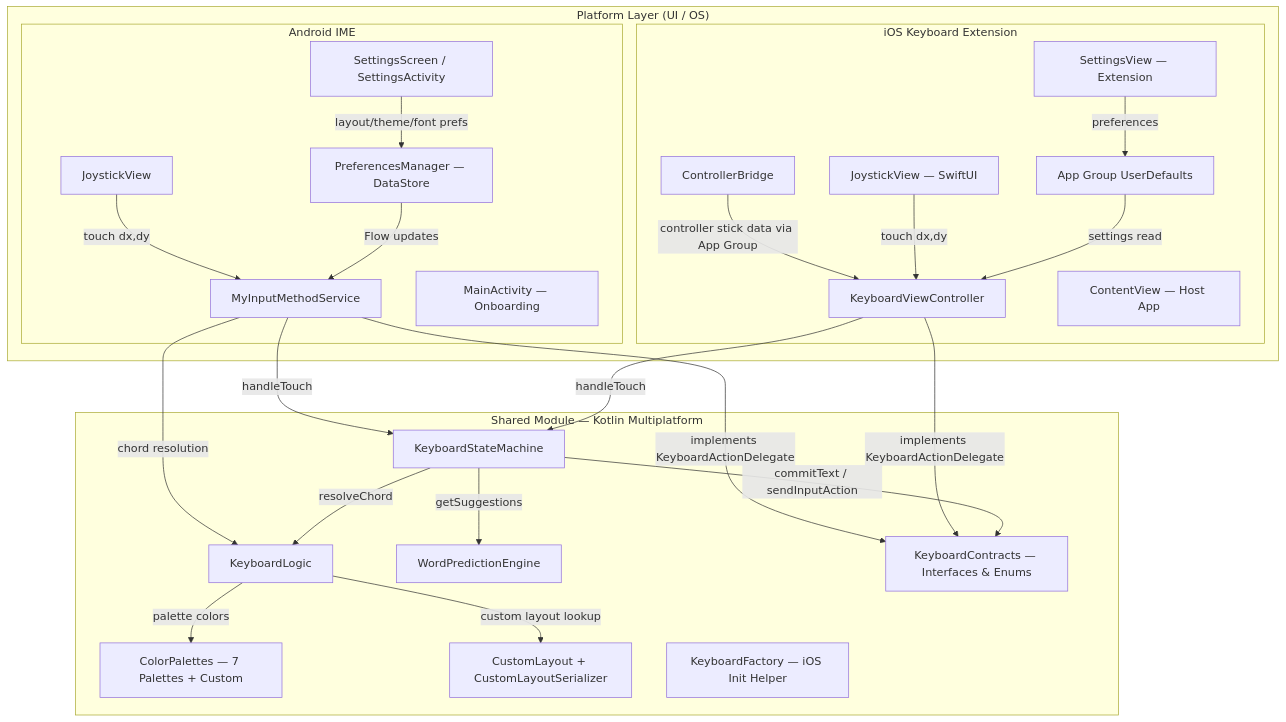
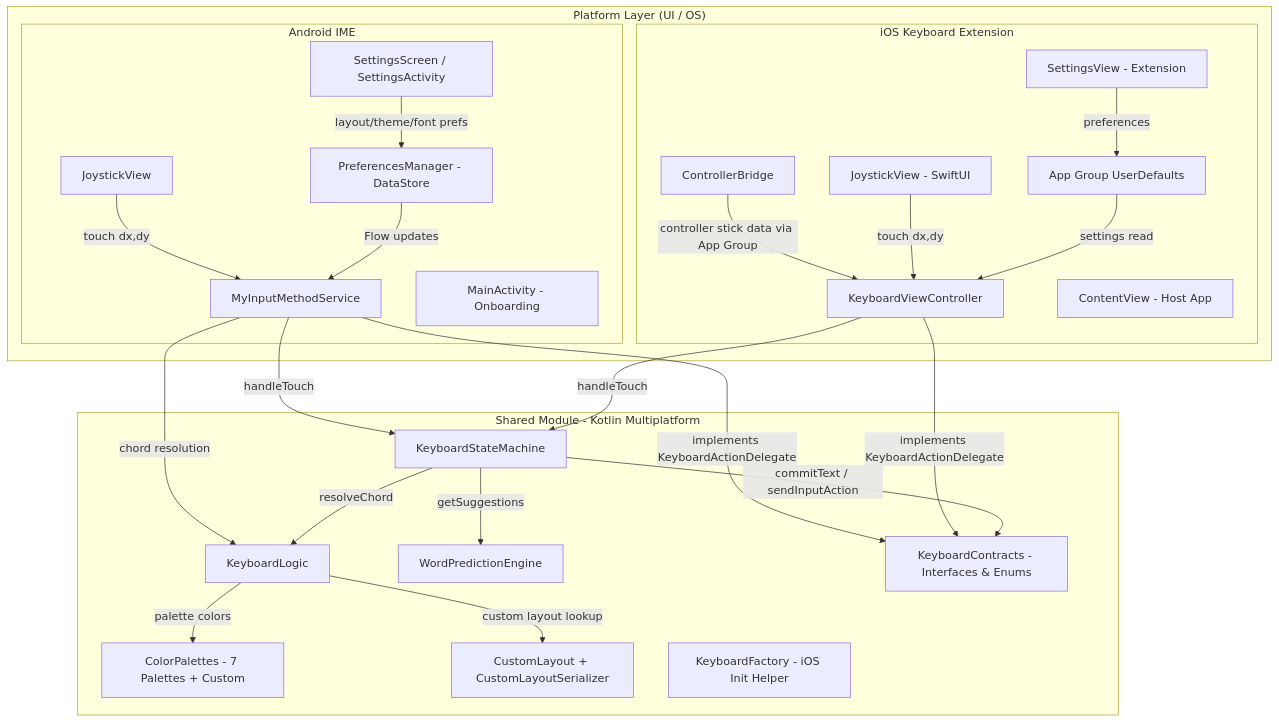
Before and after one commit to vatsalunadkat/ERICKeyboard: the first of 7 diagrams in APP_CONTEXT.md, drawn with Mermaid. The commit also changed other lines of this file and 27 other files, not shown here.

````diff
--- a/APP_CONTEXT.md
+++ b/APP_CONTEXT.md
@@ -67,50 +67,50 @@
 ```mermaid
 graph TB
     subgraph Platform["Platform Layer (UI / OS)"]
         subgraph Android["Android IME"]
             A1[MyInputMethodService]
             A2[JoystickView]
             A3[SettingsScreen / SettingsActivity]
-            A4[MainActivity — Onboarding]
-            A5[PreferencesManager — DataStore]
+            A4[MainActivity - Onboarding]
+            A5[PreferencesManager - DataStore]
         end
         subgraph iOS["iOS Keyboard Extension"]
             I1[KeyboardViewController]
-            I2[JoystickView — SwiftUI]
-            I3[SettingsView — Extension]
-            I4[ContentView — Host App]
+            I2[JoystickView - SwiftUI]
+            I3[SettingsView - Extension]
+            I4[ContentView - Host App]
             I5[App Group UserDefaults]
             I6[ControllerBridge]
         end
     end
 
-    subgraph Shared["Shared Module — Kotlin Multiplatform"]
+    subgraph Shared["Shared Module - Kotlin Multiplatform"]
         S1[KeyboardStateMachine]
         S2[KeyboardLogic]
         S3[WordPredictionEngine]
-        S4[KeyboardContracts — Interfaces & Enums]
-        S5[ColorPalettes — 7 Palettes + Custom]
+        S4[KeyboardContracts - Interfaces & Enums]
+        S5[ColorPalettes - 7 Palettes + Custom]
         S6[CustomLayout + CustomLayoutSerializer]
-        S7[KeyboardFactory — iOS Init Helper]
+        S7[KeyboardFactory - iOS Init Helper]
     end
 
     A1 -->|implements KeyboardActionDelegate| S4
     A1 -->|handleTouch| S1
     A1 -->|chord resolution| S2
     A2 -->|touch dx,dy| A1
     A3 -->|layout/theme/font prefs| A5
     A5 -->|Flow updates| A1
 
     I1 -->|implements KeyboardActionDelegate| S4
     I1 -->|handleTouch| S1
     I6 -->|controller stick data via App Group| I1
     I2 -->|touch dx,dy| I1
     I3 -->|preferences| I5
     I5 -->|settings read| I1
 
     S1 -->|resolveChord| S2
     S1 -->|getSuggestions| S3
     S1 -->|commitText / sendInputAction| S4
     S2 -->|custom layout lookup| S6
     S2 -->|palette colors| S5
 ```
````
